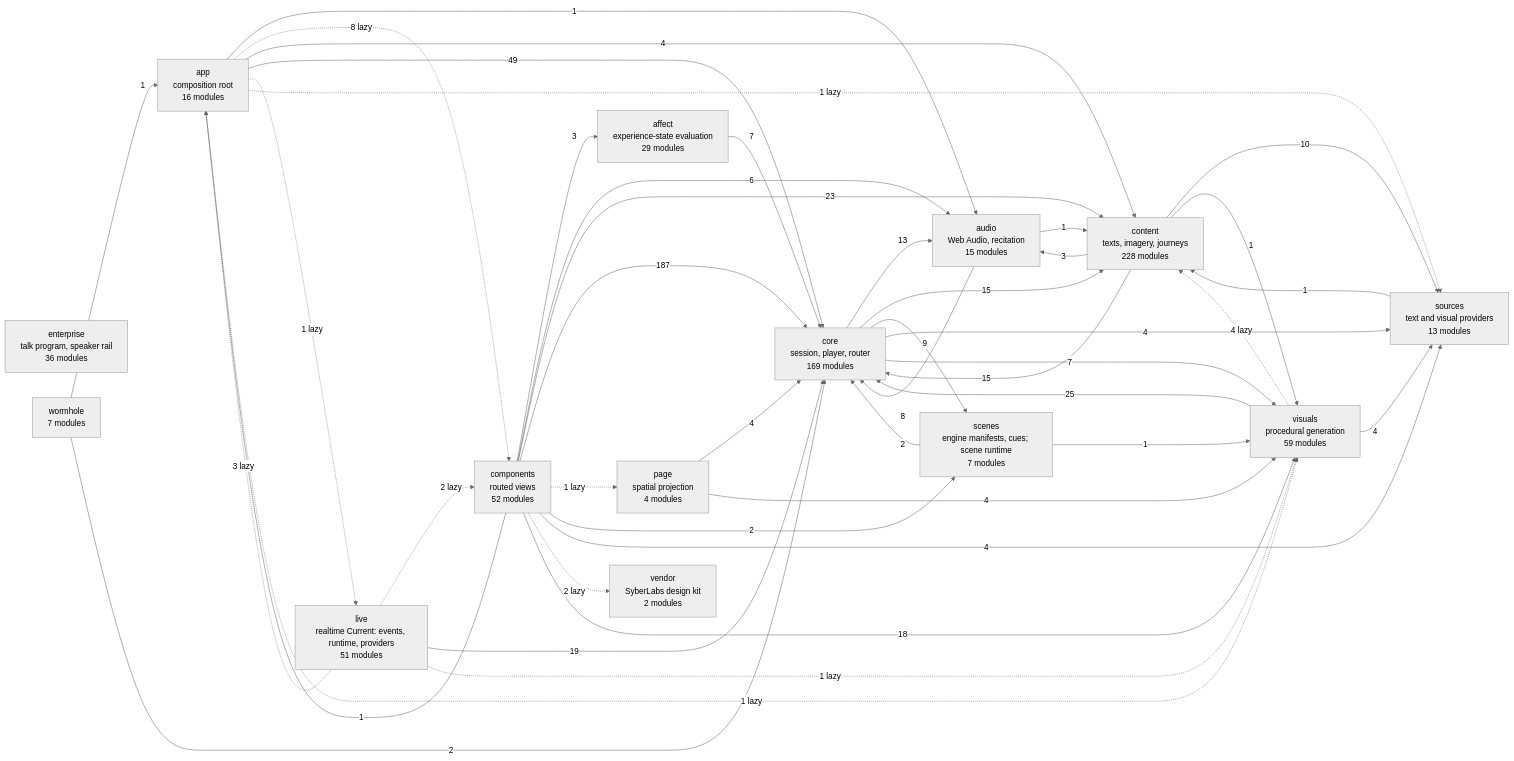
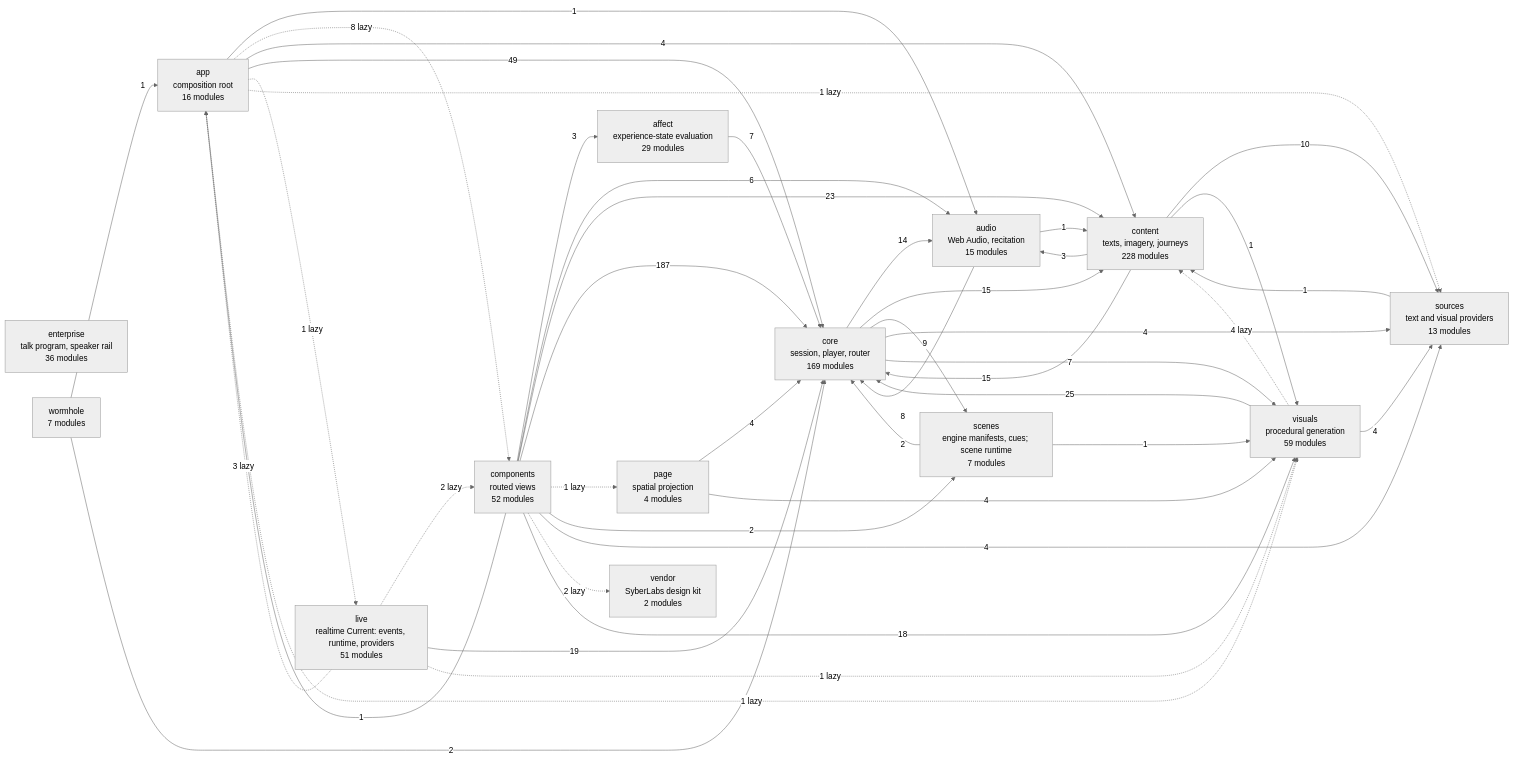
The diagram in docs/specs/ARCHITECTURE.md (SyberLabs/RISE), drawn with Mermaid (neutral theme) before and after one commit. The commit also changed 11 other files, not shown here.

````diff
--- a/docs/specs/ARCHITECTURE.md
+++ b/docs/specs/ARCHITECTURE.md
@@ -161,61 +161,61 @@
 ```mermaid
 flowchart LR
     affect["affect<br/>experience-state evaluation<br/>29 modules"]
     app["app<br/>composition root<br/>16 modules"]
     audio["audio<br/>Web Audio, recitation<br/>15 modules"]
     components["components<br/>routed views<br/>52 modules"]
     content["content<br/>texts, imagery, journeys<br/>228 modules"]
     core["core<br/>session, player, router<br/>169 modules"]
     enterprise["enterprise<br/>talk program, speaker rail<br/>36 modules"]
     live["live<br/>realtime Current: events, runtime, providers<br/>51 modules"]
     page["page<br/>spatial projection<br/>4 modules"]
     scenes["scenes<br/>engine manifests, cues; scene runtime<br/>7 modules"]
     sources["sources<br/>text and visual providers<br/>13 modules"]
     vendor["vendor<br/>SyberLabs design kit<br/>2 modules"]
     visuals["visuals<br/>procedural generation<br/>59 modules"]
     wormhole["wormhole<br/>7 modules"]
 
     affect --> |7| core
     app --> |1| audio
     app -.-> |8 lazy| components
     app --> |4| content
     app --> |49| core
     app -.-> |1 lazy| live
     app -.-> |1 lazy| sources
     app -.-> |1 lazy| visuals
     audio --> |1| content
     audio --> |8| core
     components --> |3| affect
     components --> |1| app
     components --> |6| audio
     components --> |23| content
     components --> |187| core
     components -.-> |1 lazy| page
     components --> |2| scenes
     components --> |4| sources
     components -.-> |2 lazy| vendor
     components --> |18| visuals
     content --> |3| audio
     content --> |15| core
     content --> |10| sources
     content --> |1| visuals
-    core --> |13| audio
+    core --> |14| audio
     core --> |15| content
     core --> |9| scenes
     core --> |4| sources
     core --> |7| visuals
     live -.-> |3 lazy| app
     live -.-> |2 lazy| components
     live --> |19| core
     live -.-> |1 lazy| visuals
     page --> |4| core
     page --> |4| visuals
     scenes --> |2| core
     scenes --> |1| visuals
     sources --> |1| content
     visuals -.-> |4 lazy| content
     visuals --> |25| core
     visuals --> |4| sources
     wormhole --> |1| app
     wormhole --> |2| core
 ```
````
